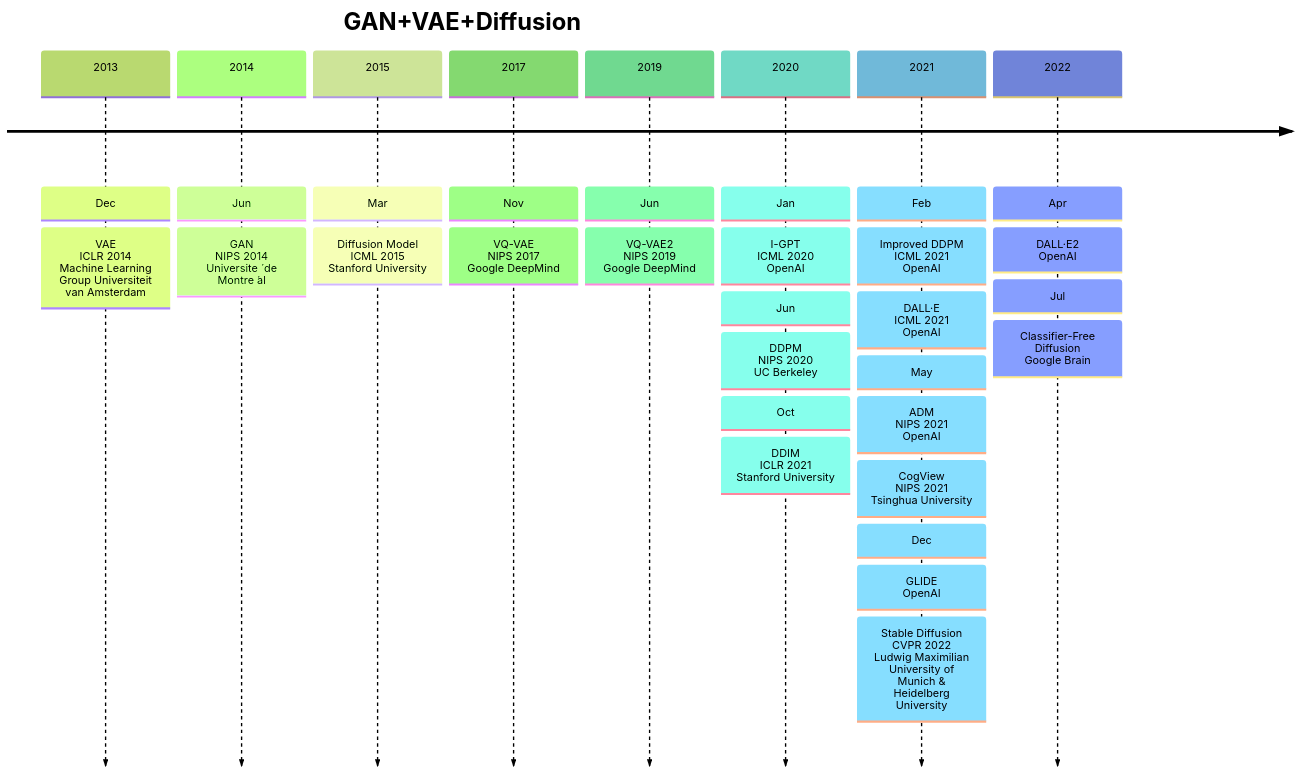
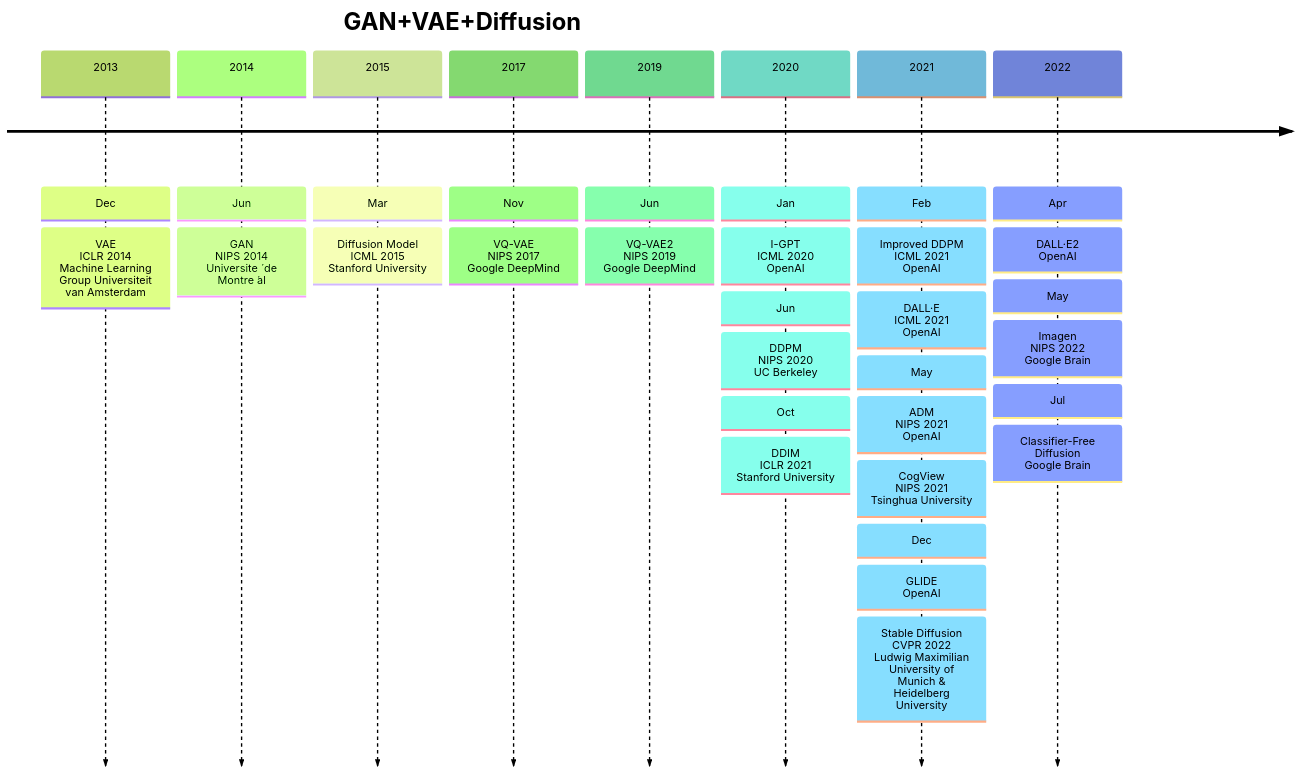
One commit to Elephant-King9/Paper changed the first of 5 diagrams in Base_Model/GAN+VAE+Diffusion/analyse.md. Above: the diagram before and after it, drawn with Mermaid (forest theme). The commit also changed other lines of this file and 2 other files, not shown here.

````diff
--- a/Base_Model/GAN+VAE+Diffusion/analyse.md
+++ b/Base_Model/GAN+VAE+Diffusion/analyse.md
@@ -5,34 +5,36 @@
 ```mermaid
 timeline
     title GAN+VAE+Diffusion
     2013 : Dec
     		 : VAE<br>ICLR 2014<br>Machine Learning Group Universiteit van Amsterdam
 
     2014 : Jun
     		 : GAN<br>NIPS 2014<br>Universite ́ de Montre ́al
     2015 : Mar
          : Diffusion Model<br>ICML 2015<br>Stanford University
     2017 : Nov
     		 : VQ-VAE<br>NIPS 2017<br>Google DeepMind
     2019 : Jun
     		 : VQ-VAE2<br>NIPS 2019<br>Google DeepMind
     2020 : Jan
     		 : I-GPT<br>ICML 2020<br>OpenAI
     		 : Jun
     		 : DDPM<br>NIPS 2020<br>UC Berkeley
     		 : Oct
     		 : DDIM<br>ICLR 2021<br>Stanford University
     2021 : Feb
     		 : Improved DDPM<br>ICML 2021<br>OpenAI
     		 : DALL·E<br>ICML 2021<br>OpenAI
     		 : May
     		 : ADM<br>NIPS 2021<br>OpenAI
     		 : CogView<br>NIPS 2021<br>Tsinghua University
     		 : Dec
     		 : GLIDE<br>OpenAI
     		 : Stable Diffusion<br>CVPR 2022<br>Ludwig Maximilian University of Munich & Heidelberg University
     2022 : Apr
     		 : DALL·E2<br>OpenAI
+    		 : May
+    		 : Imagen<br>NIPS 2022<br>Google Brain
     		 : Jul
     		 : Classifier-Free Diffusion<br>Google Brain
 ```
````
